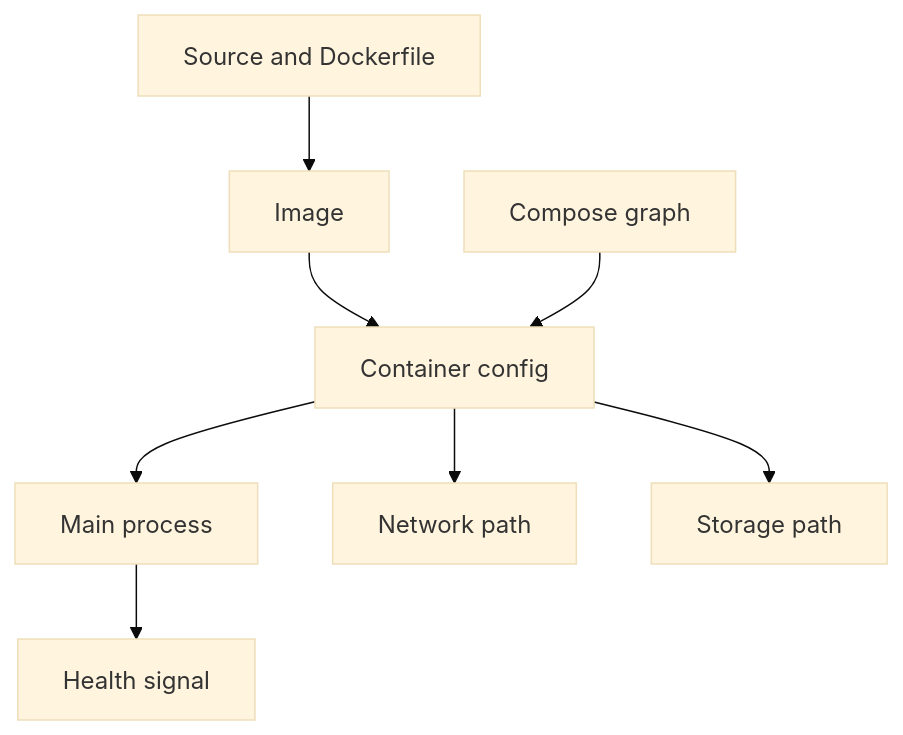
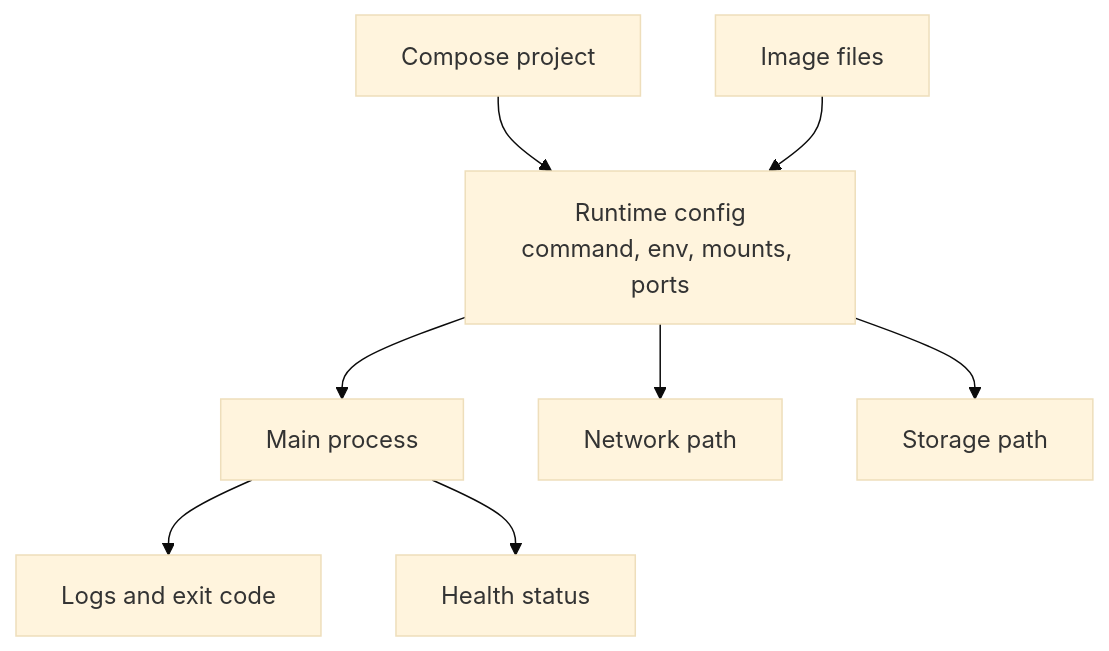
Before and after one commit to senlinyy/dev-roadmaps: the diagram in containers-orchestration/docker/operations/debugging-docker.md, drawn with Mermaid (base theme). The commit also changed other lines of this file and 610 other files, not shown here.

````diff
--- a/containers-orchestration/docker/operations/debugging-docker.md
+++ b/containers-orchestration/docker/operations/debugging-docker.md
@@ -58,17 +40,19 @@
 ```mermaid
 flowchart TD
-    Source["Source and Dockerfile"]
-    Image["Image"]
-    Container["Container config"]
+    Compose["Compose project"]
+    Image["Image files"]
+    Config["Runtime config<br/>command, env, mounts, ports"]
     Process["Main process"]
+    Logs["Logs and exit code"]
     Network["Network path"]
     Storage["Storage path"]
-    Health["Health signal"]
-    Compose["Compose graph"]
+    Health["Health status"]
 
-    Source --> Image --> Container --> Process
-    Container --> Network
-    Container --> Storage
+    Compose --> Config
+    Image --> Config
+    Config --> Process
+    Process --> Logs
+    Config --> Network
+    Config --> Storage
     Process --> Health
-    Compose --> Container
 ```
````
